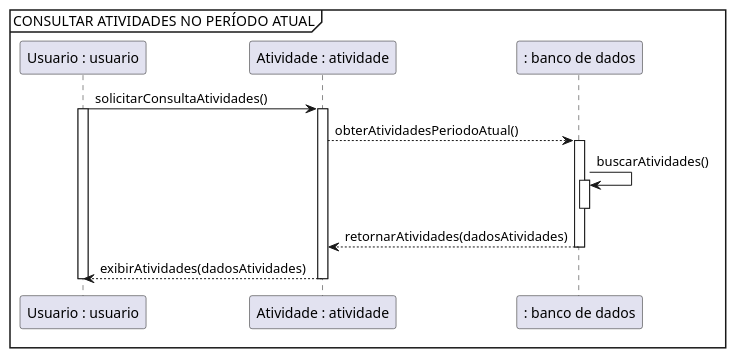
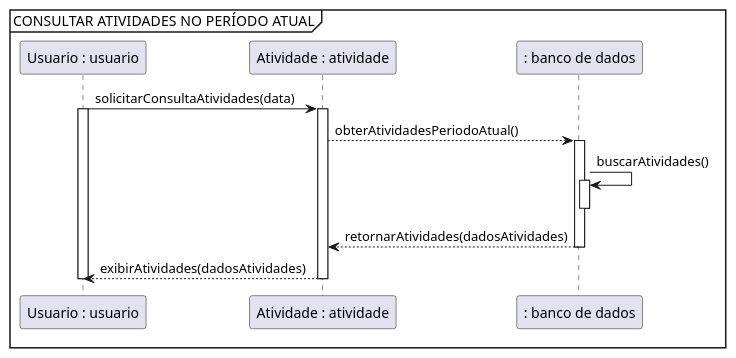
One commit to yurilsn/DiagramasUml changed the diagram in Diagrama de Sequencia/sequencia_proj_final_c5.wsd. Above: the diagram before and after it, drawn with PlantUML. The commit also changed 2 other files, not shown here.

Commit message:
criando diagrama de componentes

```diff
--- a/Diagrama de Sequencia/sequencia_proj_final_c5.wsd
+++ b/Diagrama de Sequencia/sequencia_proj_final_c5.wsd
@@ -1,23 +1,23 @@
 @startuml
 mainframe CONSULTAR ATIVIDADES NO PERÍODO ATUAL
 
 
-"Usuario : usuario" as usuario -> "Atividade : atividade" as atividade : solicitarConsultaAtividades()
+"Usuario : usuario" as usuario -> "Atividade : atividade" as atividade : solicitarConsultaAtividades(data)
 activate usuario
 activate atividade
 
 atividade --> ": banco de dados" as bd : obterAtividadesPeriodoAtual()
 activate bd
 
 bd -> bd : buscarAtividades()
 activate bd
 
 deactivate bd
 bd --> atividade : retornarAtividades(dadosAtividades)
 deactivate bd
 
 
 atividade --> usuario : exibirAtividades(dadosAtividades)
 deactivate atividade
 deactivate usuario
 @enduml
```
